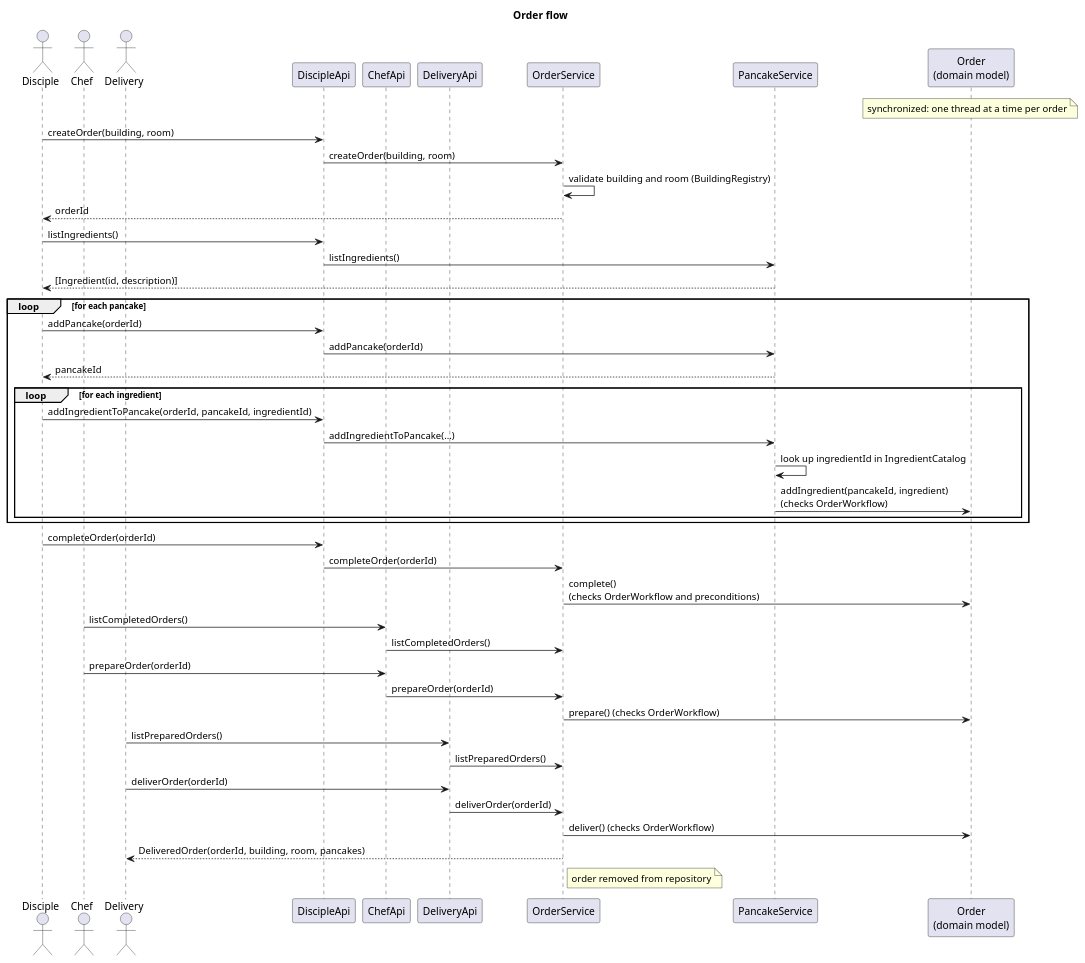
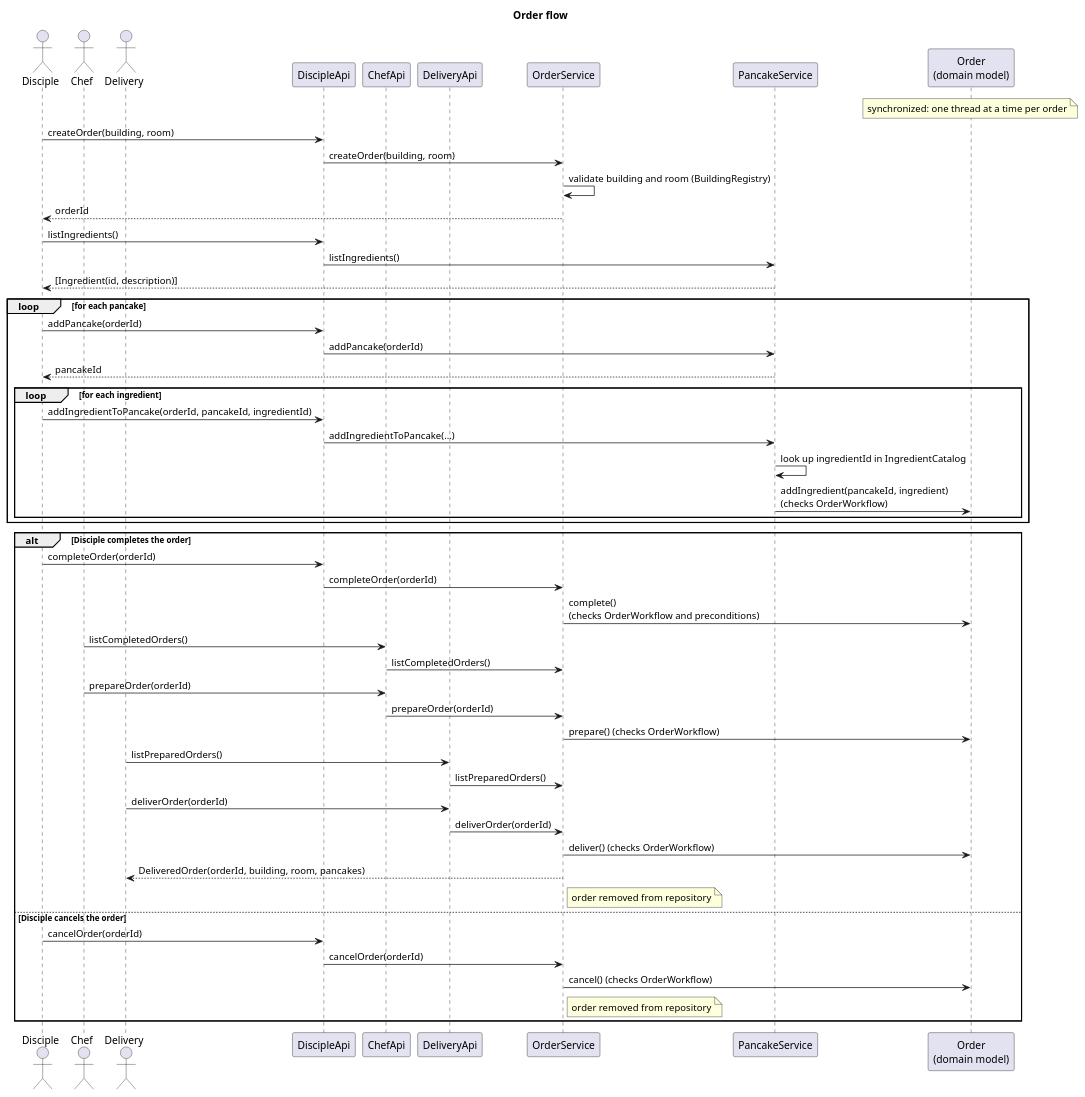
One commit to VigVahanyan/PancakeLab changed the diagram in docs/sequence-diagram.puml. Above: the diagram before and after it, drawn with PlantUML.

Commit message:
Add cancel flow to sequence diagram

```diff
--- a/docs/sequence-diagram.puml
+++ b/docs/sequence-diagram.puml
@@ -1,47 +1,54 @@
 @startuml
 title Order flow
 actor Disciple
 actor Chef
 actor Delivery
 participant DiscipleApi as D
 participant ChefApi as C
 participant DeliveryApi as V
 participant OrderService as OS
 participant PancakeService as PS
 participant "Order\n(domain model)" as O
 note over O : synchronized: one thread at a time per order
 
 Disciple -> D : createOrder(building, room)
 D -> OS : createOrder(building, room)
 OS -> OS : validate building and room (BuildingRegistry)
 OS --> Disciple : orderId
 Disciple -> D : listIngredients()
 D -> PS : listIngredients()
 PS --> Disciple : [Ingredient(id, description)]
 loop for each pancake
   Disciple -> D : addPancake(orderId)
   D -> PS : addPancake(orderId)
   PS --> Disciple : pancakeId
   loop for each ingredient
     Disciple -> D : addIngredientToPancake(orderId, pancakeId, ingredientId)
     D -> PS : addIngredientToPancake(...)
     PS -> PS : look up ingredientId in IngredientCatalog
     PS -> O : addIngredient(pancakeId, ingredient)\n(checks OrderWorkflow)
   end
 end
-Disciple -> D : completeOrder(orderId)
-D -> OS : completeOrder(orderId)
-OS -> O : complete()\n(checks OrderWorkflow and preconditions)
-Chef -> C : listCompletedOrders()
-C -> OS : listCompletedOrders()
-Chef -> C : prepareOrder(orderId)
-C -> OS : prepareOrder(orderId)
-OS -> O : prepare() (checks OrderWorkflow)
-Delivery -> V : listPreparedOrders()
-V -> OS : listPreparedOrders()
-Delivery -> V : deliverOrder(orderId)
-V -> OS : deliverOrder(orderId)
-OS -> O : deliver() (checks OrderWorkflow)
-OS --> Delivery : DeliveredOrder(orderId, building, room, pancakes)
-note right of OS : order removed from repository
+alt Disciple completes the order
+  Disciple -> D : completeOrder(orderId)
+  D -> OS : completeOrder(orderId)
+  OS -> O : complete()\n(checks OrderWorkflow and preconditions)
+  Chef -> C : listCompletedOrders()
+  C -> OS : listCompletedOrders()
+  Chef -> C : prepareOrder(orderId)
+  C -> OS : prepareOrder(orderId)
+  OS -> O : prepare() (checks OrderWorkflow)
+  Delivery -> V : listPreparedOrders()
+  V -> OS : listPreparedOrders()
+  Delivery -> V : deliverOrder(orderId)
+  V -> OS : deliverOrder(orderId)
+  OS -> O : deliver() (checks OrderWorkflow)
+  OS --> Delivery : DeliveredOrder(orderId, building, room, pancakes)
+  note right of OS : order removed from repository
+else Disciple cancels the order
+  Disciple -> D : cancelOrder(orderId)
+  D -> OS : cancelOrder(orderId)
+  OS -> O : cancel() (checks OrderWorkflow)
+  note right of OS : order removed from repository
+end
 @enduml
```
